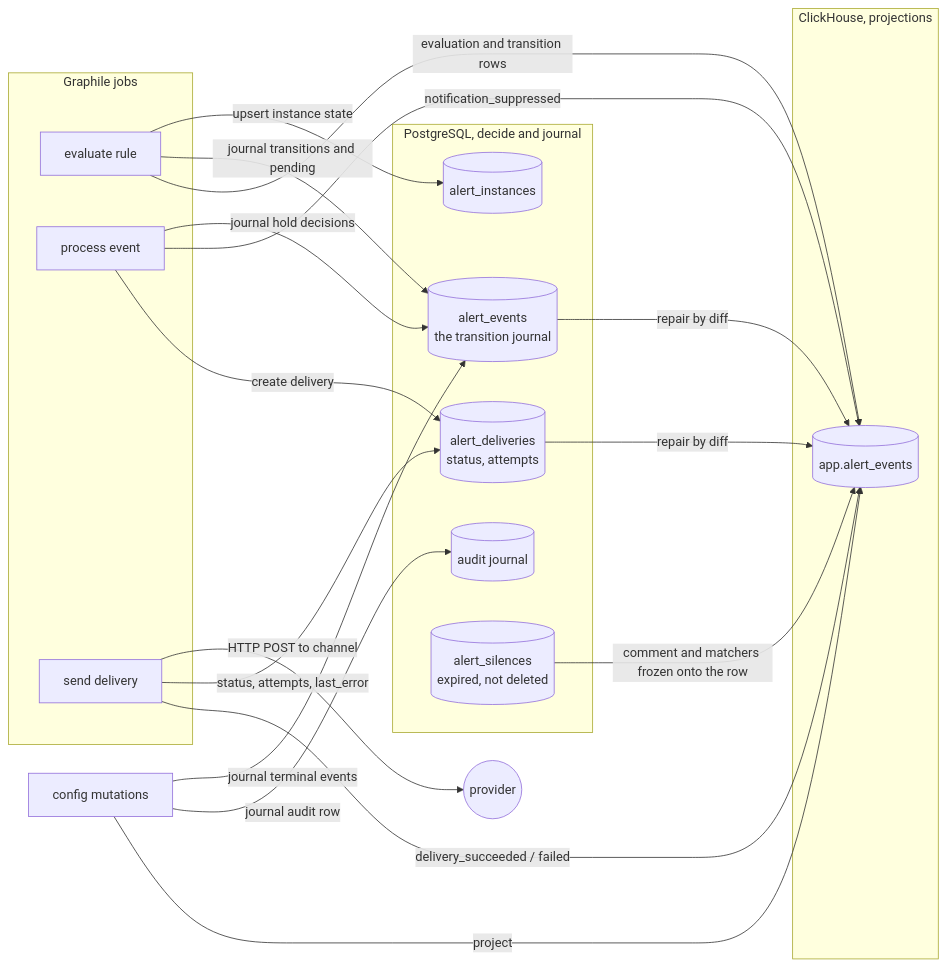
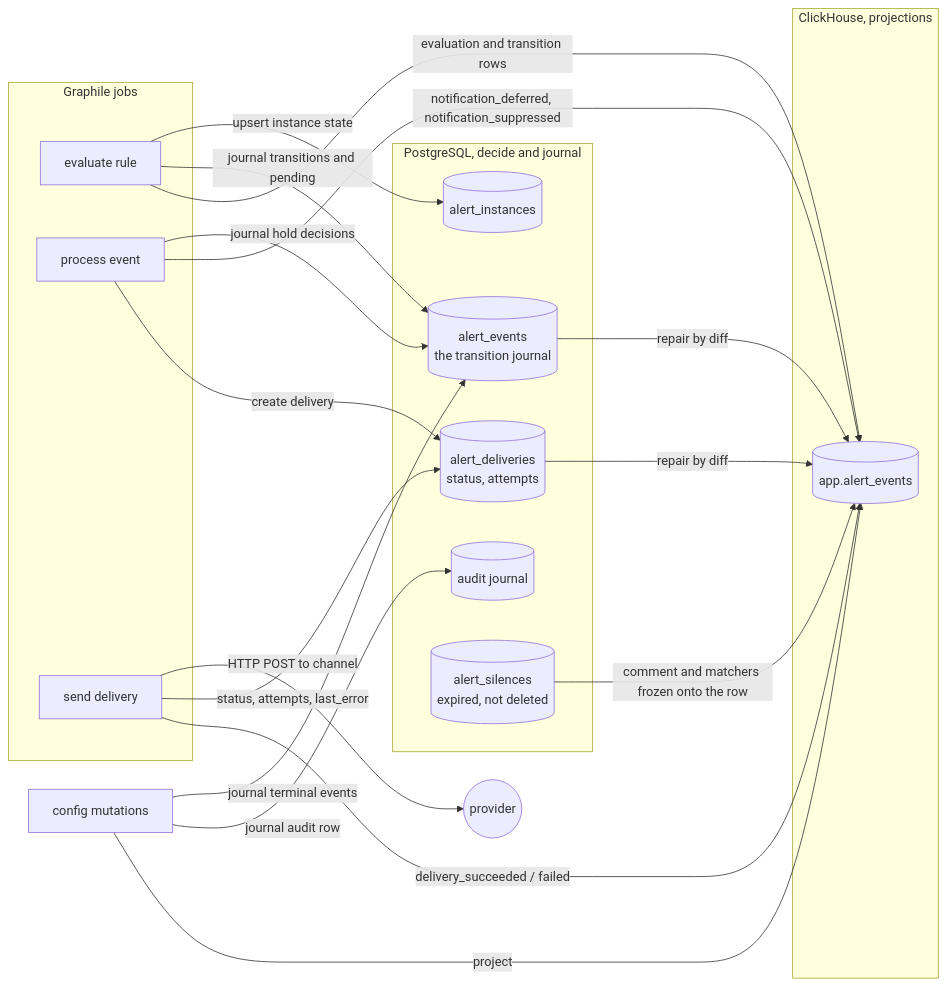
One commit to everr-labs/everr changed the second of 3 diagrams in todo/issues/alerting-surface/02-alerting-clickhouse-surface.md. Above: the diagram before and after it, drawn with Mermaid. The commit also changed other lines of this file and 12 other files, not shown here.

````diff
--- a/todo/issues/alerting-surface/02-alerting-clickhouse-surface.md
+++ b/todo/issues/alerting-surface/02-alerting-clickhouse-surface.md
@@ -114,41 +114,41 @@
 ```mermaid
 flowchart LR
   subgraph jobs [Graphile jobs]
     E[evaluate rule]
     S[process event]
     D[send delivery]
   end
   M[config mutations]
 
   subgraph pg [PostgreSQL, decide and journal]
     PI[(alert_instances)]
     PE[(alert_events<br/>the transition journal)]
     PD[(alert_deliveries<br/>status, attempts)]
     AJ[(audit journal)]
     SI[(alert_silences<br/>expired, not deleted)]
   end
 
   subgraph ch [ClickHouse, projections]
     CE[(app.alert_events)]
   end
 
   E -->|upsert instance state| PI
   E -->|journal transitions and pending| PE
   E -->|evaluation and transition rows| CE
 
   S -->|journal hold decisions| PE
-  S -->|notification_suppressed| CE
+  S -->|notification_deferred, notification_suppressed| CE
   S -->|create delivery| PD
   SI -->|comment and matchers frozen onto the row| CE
 
   D -->|HTTP POST to channel| X((provider))
   D -->|status, attempts, last_error| PD
   D -->|delivery_succeeded / failed| CE
 
   M -->|journal terminal events| PE
   M -->|journal audit row| AJ
   M -->|project| CE
 
   PE -->|repair by diff| CE
   PD -->|repair by diff| CE
 ```
````
